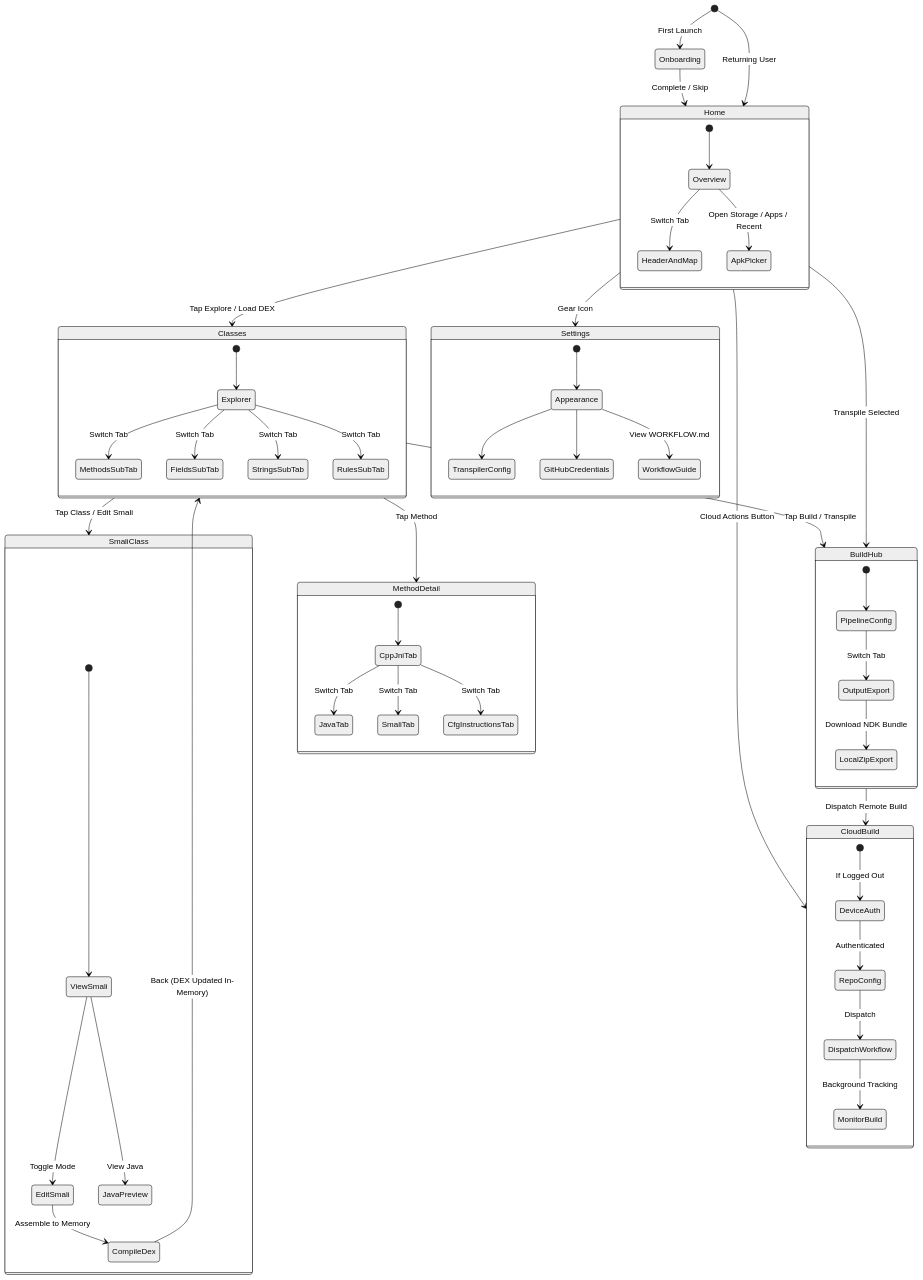
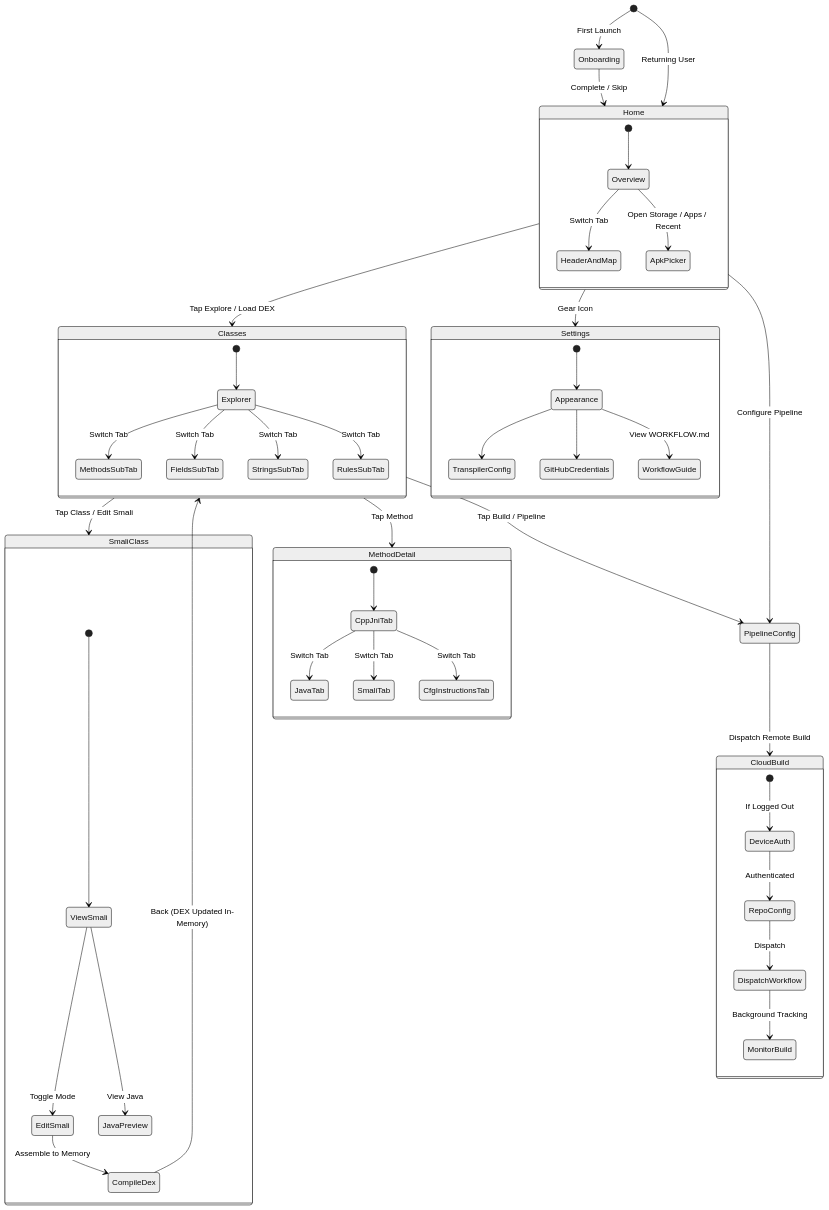
One commit to Roni077/Dex2C-Android-fork-backup changed the second of 8 diagrams in docs/detailed_app_workflow_and_usages.md. Above: the diagram before and after it, drawn with Mermaid (neutral theme). The commit also changed other lines of this file and 49 other files, not shown here.

````diff
--- a/docs/detailed_app_workflow_and_usages.md
+++ b/docs/detailed_app_workflow_and_usages.md
@@ -59,65 +59,57 @@
 ```mermaid
 stateDiagram-v2
     [*] --> Onboarding: First Launch
     Onboarding --> Home: Complete / Skip
     [*] --> Home: Returning User
 
     state Home {
         [*] --> Overview
         Overview --> HeaderAndMap: Switch Tab
         Overview --> ApkPicker: Open Storage / Apps / Recent
     }
 
     Home --> Classes: Tap Explore / Load DEX
     
     state Classes {
         [*] --> Explorer
         Explorer --> MethodsSubTab: Switch Tab
         Explorer --> FieldsSubTab: Switch Tab
         Explorer --> StringsSubTab: Switch Tab
         Explorer --> RulesSubTab: Switch Tab
     }
 
     Classes --> SmaliClass: Tap Class / Edit Smali
     state SmaliClass {
         [*] --> ViewSmali
         ViewSmali --> EditSmali: Toggle Mode
         ViewSmali --> JavaPreview: View Java
         EditSmali --> CompileDex: Assemble to Memory
     }
     CompileDex --> Classes: Back (DEX Updated In-Memory)
 
     Classes --> MethodDetail: Tap Method
     state MethodDetail {
         [*] --> CppJniTab
         CppJniTab --> JavaTab: Switch Tab
         CppJniTab --> SmaliTab: Switch Tab
         CppJniTab --> CfgInstructionsTab: Switch Tab
     }
 
-    Classes --> BuildHub: Tap Build / Transpile
-    Home --> BuildHub: Transpile Selected
-    
-    state BuildHub {
-        [*] --> PipelineConfig
-        PipelineConfig --> OutputExport: Switch Tab
-        OutputExport --> LocalZipExport: Download NDK Bundle
-    }
-
-    Home --> CloudBuild: Cloud Actions Button
-    BuildHub --> CloudBuild: Dispatch Remote Build
+    Classes --> PipelineConfig: Tap Build / Pipeline
+    Home --> PipelineConfig: Configure Pipeline
+    PipelineConfig --> CloudBuild: Dispatch Remote Build
     state CloudBuild {
         [*] --> DeviceAuth: If Logged Out
         DeviceAuth --> RepoConfig: Authenticated
         RepoConfig --> DispatchWorkflow: Dispatch
         DispatchWorkflow --> MonitorBuild: Background Tracking
     }
 
     Home --> Settings: Gear Icon
     state Settings {
         [*] --> Appearance
         Appearance --> TranspilerConfig
         Appearance --> GitHubCredentials
         Appearance --> WorkflowGuide: View WORKFLOW.md
     }
 ```
````
